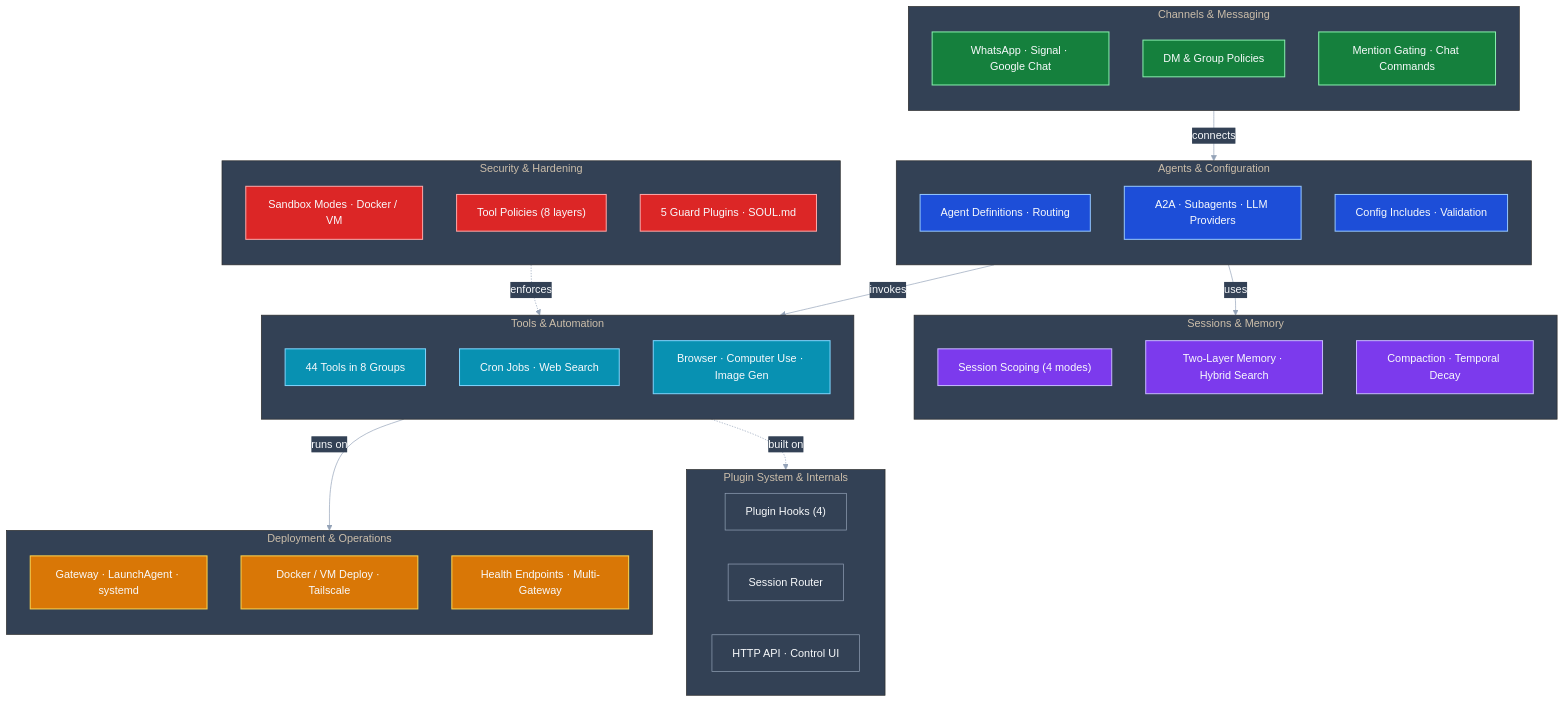
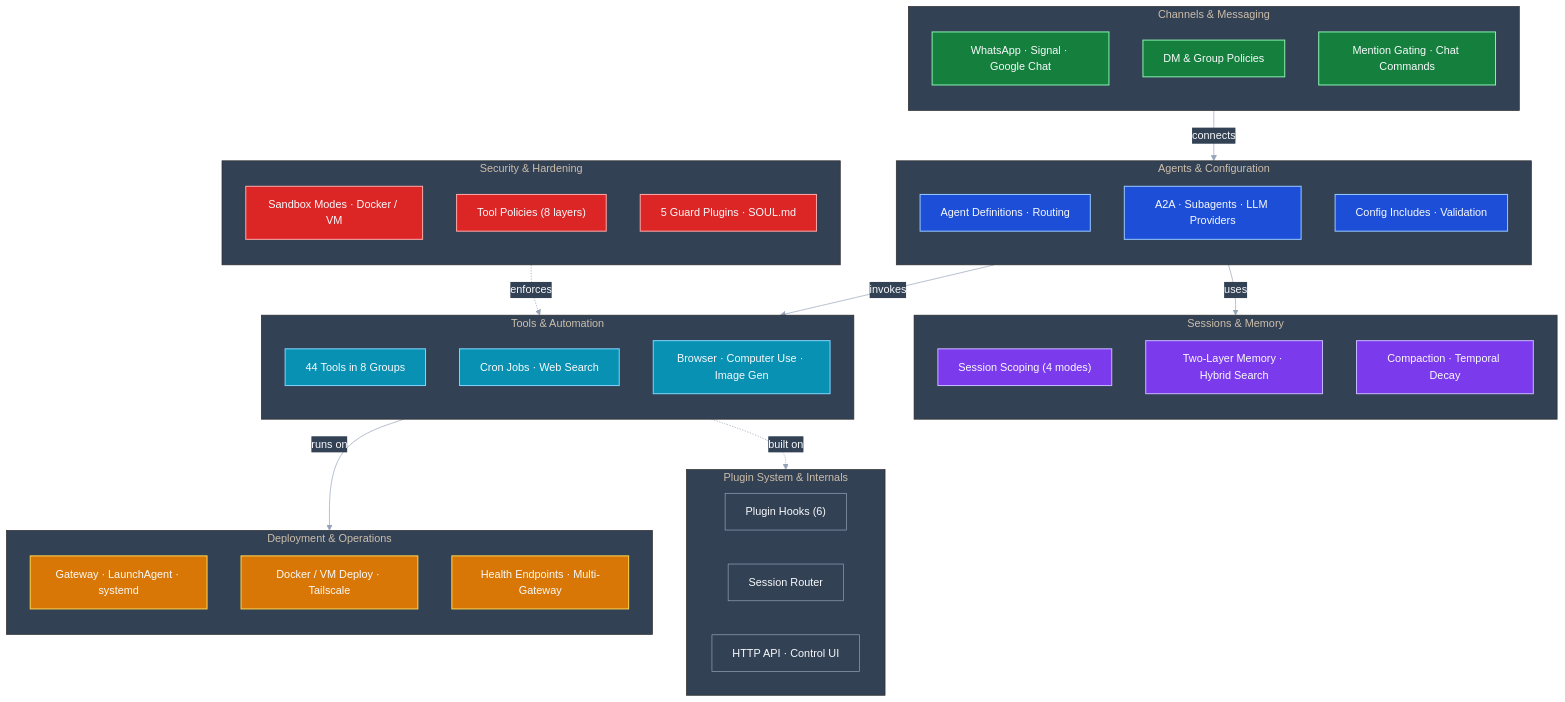
Before and after one commit to IT-HUSET/openclaw-guide: the diagram in content/docs/feature-atlas.md, drawn with Mermaid. The commit also changed other lines of this file and 6 other files, not shown here.

````diff
--- a/content/docs/feature-atlas.md
+++ b/content/docs/feature-atlas.md
@@ -11,75 +11,75 @@
 ```mermaid
 %%{init: { "theme": "base", "themeVariables": { "fontFamily": "ui-sans-serif, -apple-system, BlinkMacSystemFont, Segoe UI, Helvetica, Arial", "primaryColor": "#1F4E79", "primaryBorderColor": "#93C5FD", "primaryTextColor": "#F8FAFC", "lineColor": "#94A3B8", "secondaryColor": "#334155", "tertiaryColor": "#334155", "background": "transparent" } }}%%
 graph TB
     subgraph CH["Channels & Messaging"]
         direction TB
         CH1["WhatsApp · Signal · Google Chat"]
         CH2["DM & Group Policies"]
         CH3["Mention Gating · Chat Commands"]
     end
 
     subgraph AG["Agents & Configuration"]
         direction TB
         AG1["Agent Definitions · Routing"]
         AG2["A2A · Subagents · LLM Providers"]
         AG3["Config Includes · Validation"]
     end
 
     subgraph SM["Sessions & Memory"]
         direction TB
         SM1["Session Scoping (4 modes)"]
         SM2["Two-Layer Memory · Hybrid Search"]
         SM3["Compaction · Temporal Decay"]
     end
 
     subgraph SE["Security & Hardening"]
         direction TB
         SE1["Sandbox Modes · Docker / VM"]
         SE2["Tool Policies (8 layers)"]
         SE3["5 Guard Plugins · SOUL.md"]
     end
 
     subgraph TA["Tools & Automation"]
         direction TB
         TA1["44 Tools in 8 Groups"]
         TA2["Cron Jobs · Web Search"]
         TA3["Browser · Computer Use · Image Gen"]
     end
 
     subgraph DO["Deployment & Operations"]
         direction TB
         DO1["Gateway · LaunchAgent · systemd"]
         DO2["Docker / VM Deploy · Tailscale"]
         DO3["Health Endpoints · Multi-Gateway"]
     end
 
     subgraph IN["Plugin System & Internals"]
         direction LR
-        IN1["Plugin Hooks (4)"]
+        IN1["Plugin Hooks (6)"]
         IN2["Session Router"]
         IN3["HTTP API · Control UI"]
     end
 
     CH -->|connects| AG
     AG -->|uses| SM
     AG -->|invokes| TA
     SE -.->|enforces| TA
     TA -->|runs on| DO
     TA -.->|built on| IN
 
     classDef channels fill:#15803d,stroke:#86EFAC,color:#F8FAFC,stroke-width:1.5px
     classDef agents fill:#1d4ed8,stroke:#93C5FD,color:#F8FAFC,stroke-width:1.5px
     classDef sessions fill:#7c3aed,stroke:#C4B5FD,color:#F8FAFC,stroke-width:1.5px
     classDef security fill:#dc2626,stroke:#FCA5A5,color:#F8FAFC,stroke-width:1.5px
     classDef tools fill:#0891b2,stroke:#7DD3FC,color:#F8FAFC,stroke-width:1.5px
     classDef deploy fill:#d97706,stroke:#FCD34D,color:#F8FAFC,stroke-width:1.5px
     classDef internals fill:#334155,stroke:#94A3B8,color:#F8FAFC,stroke-width:1px
 
     class CH1,CH2,CH3 channels
     class AG1,AG2,AG3 agents
     class SM1,SM2,SM3 sessions
     class SE1,SE2,SE3 security
     class TA1,TA2,TA3 tools
     class DO1,DO2,DO3 deploy
     class IN1,IN2,IN3 internals
 ```
````
